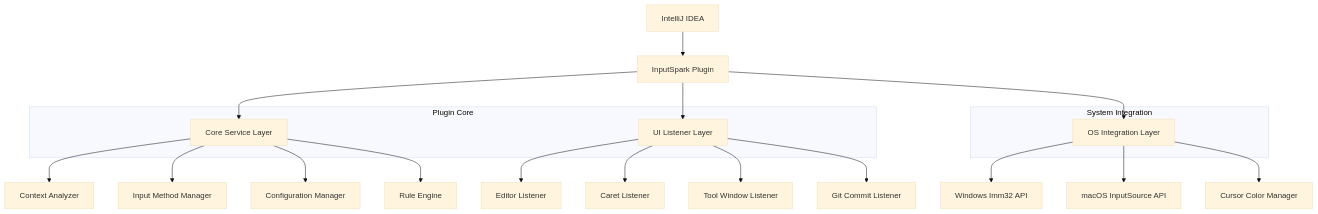
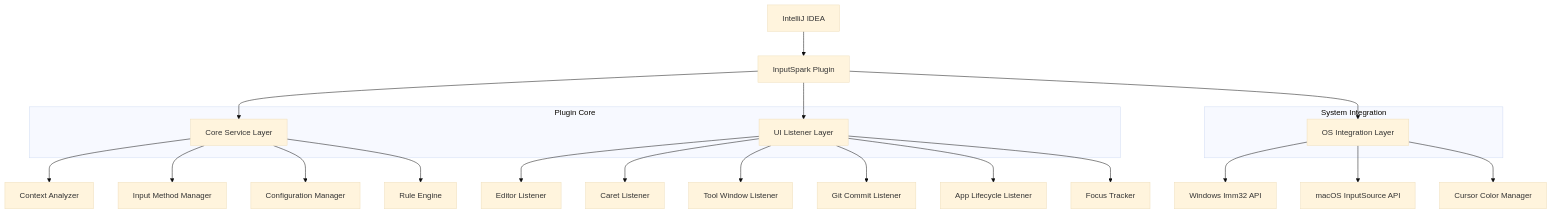
The first of 2 diagrams in .trae/documents/technical_architecture_InputSpark.md (BigBlueBaby/InputSpark), drawn with Mermaid (base theme) before and after one commit. The commit also changed other lines of this file and 14 other files, not shown here.

````diff
--- a/.trae/documents/technical_architecture_InputSpark.md
+++ b/.trae/documents/technical_architecture_InputSpark.md
@@ -3,30 +3,32 @@
 ```mermaid
 graph TD
     A[IntelliJ IDEA] --> B[InputSpark Plugin]
     B --> C[Core Service Layer]
     B --> D[UI Listener Layer]
     B --> E[OS Integration Layer]
     
     C --> C1[Context Analyzer]
     C --> C2[Input Method Manager]
     C --> C3[Configuration Manager]
     C --> C4[Rule Engine]
     
     D --> D1[Editor Listener]
     D --> D2[Caret Listener]
     D --> D3[Tool Window Listener]
     D --> D4[Git Commit Listener]
+    D --> D5[App Lifecycle Listener]
+    D --> D6[Focus Tracker]
     
     E --> E1[Windows Imm32 API]
     E --> E2[macOS InputSource API]
     E --> E3[Cursor Color Manager]
     
     subgraph "Plugin Core"
         C
         D
     end
     
     subgraph "System Integration"
         E
     end
 ```
````
